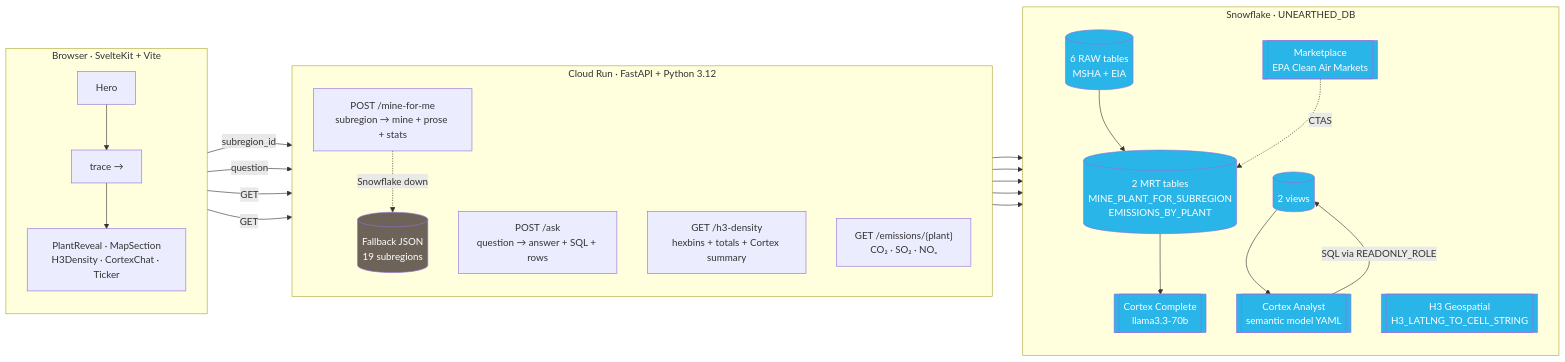
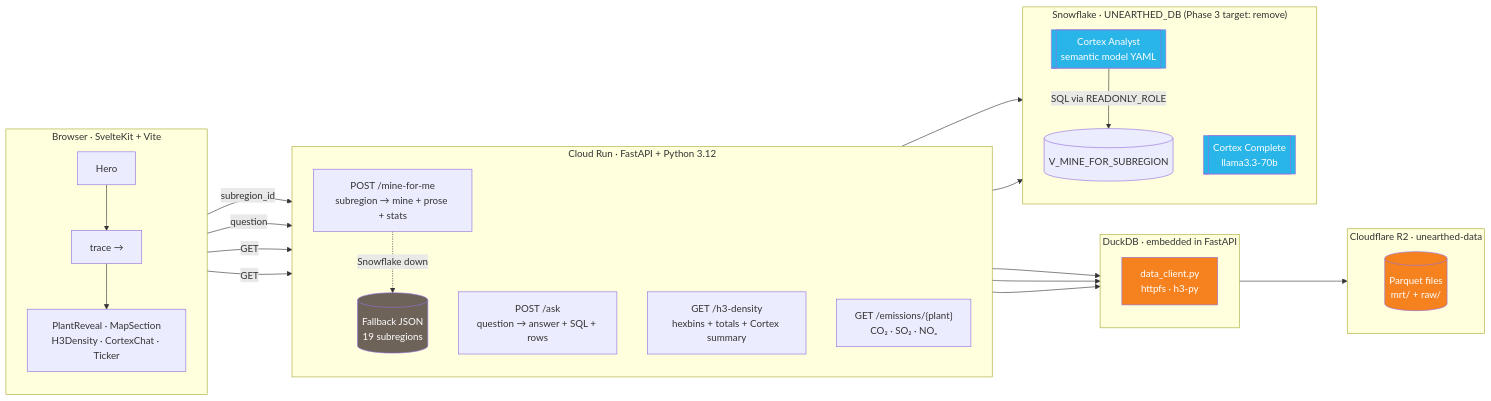
The second of 2 diagrams in README.md (anchildress1/unearthed), drawn with Mermaid before and after one commit. The commit also changed other lines of this file and 26 other files, not shown here.

First line of the commit message:
feat: Phase 2 — migrate /h3-density and /mine-for-me to DuckDB + R2 (#15)

````diff
--- a/README.md
+++ b/README.md
@@ -50,54 +42,55 @@
 ```mermaid
 flowchart LR
     subgraph CLIENT["Browser · SvelteKit + Vite"]
         direction TB
         HERO[Hero] --> TRACE[trace →]
         TRACE --> RESULT[PlantReveal · MapSection<br/>H3Density · CortexChat · Ticker]
     end
 
     subgraph API["Cloud Run · FastAPI + Python 3.12"]
         direction TB
         MINE["POST /mine-for-me<br/>subregion → mine + prose + stats"]
         ASK["POST /ask<br/>question → answer + SQL + rows"]
         H3["GET /h3-density<br/>hexbins + totals + Cortex summary"]
         EMIT["GET /emissions/{plant}<br/>CO₂ · SO₂ · NOₓ"]
         FB[(Fallback JSON<br/>19 subregions)]
     end
 
-    subgraph SNOW["Snowflake · UNEARTHED_DB"]
+    subgraph R2["Cloudflare R2 · unearthed-data"]
         direction TB
-        RAW[(6 RAW tables<br/>MSHA + EIA)]
-        MRT[(2 MRT tables<br/>MINE_PLANT_FOR_SUBREGION<br/>EMISSIONS_BY_PLANT)]
-        VIEWS[(2 views)]
+        PARQUET[(Parquet files<br/>mrt/ + raw/)]
+    end
+
+    subgraph DUCK["DuckDB · embedded in FastAPI"]
+        direction TB
+        DC["data_client.py<br/>httpfs · h3-py"]
+    end
+
+    subgraph SNOW["Snowflake · UNEARTHED_DB (Phase 3 target: remove)"]
+        direction TB
         CA[["Cortex Analyst<br/>semantic model YAML"]]
         CC[["Cortex Complete<br/>llama3.3-70b"]]
-        H3FN[["H3 Geospatial<br/>H3_LATLNG_TO_CELL_STRING"]]
-        MKT[["Marketplace<br/>EPA Clean Air Markets"]]
-        MRT --> CC
-        RAW --> MRT
-        MKT -.->|CTAS| MRT
-        VIEWS --> CA
+        VIEWS[(V_MINE_FOR_SUBREGION)]
     end
 
     TRACE -->|subregion_id| MINE
     RESULT -->|question| ASK
     RESULT -->|GET| H3
     RESULT -->|GET| EMIT
 
-    MINE --> MRT
+    MINE --> DC
+    H3 --> DC
+    EMIT --> DC
     MINE -.->|Snowflake down| FB
+    DC --> PARQUET
+
     ASK --> CA
     CA -->|SQL via READONLY_ROLE| VIEWS
-    H3 --> H3FN
-    H3 --> CC
-    EMIT --> MRT
+    MINE --> CC
 
     style CA fill:#29b5e8,color:#fff
     style CC fill:#29b5e8,color:#fff
-    style H3FN fill:#29b5e8,color:#fff
-    style MKT fill:#29b5e8,color:#fff
-    style MRT fill:#29b5e8,color:#fff
-    style RAW fill:#29b5e8,color:#fff
-    style VIEWS fill:#29b5e8,color:#fff
+    style PARQUET fill:#f6821f,color:#fff
+    style DC fill:#f6821f,color:#fff
     style FB fill:#6e6359,color:#fff
 ```
````
